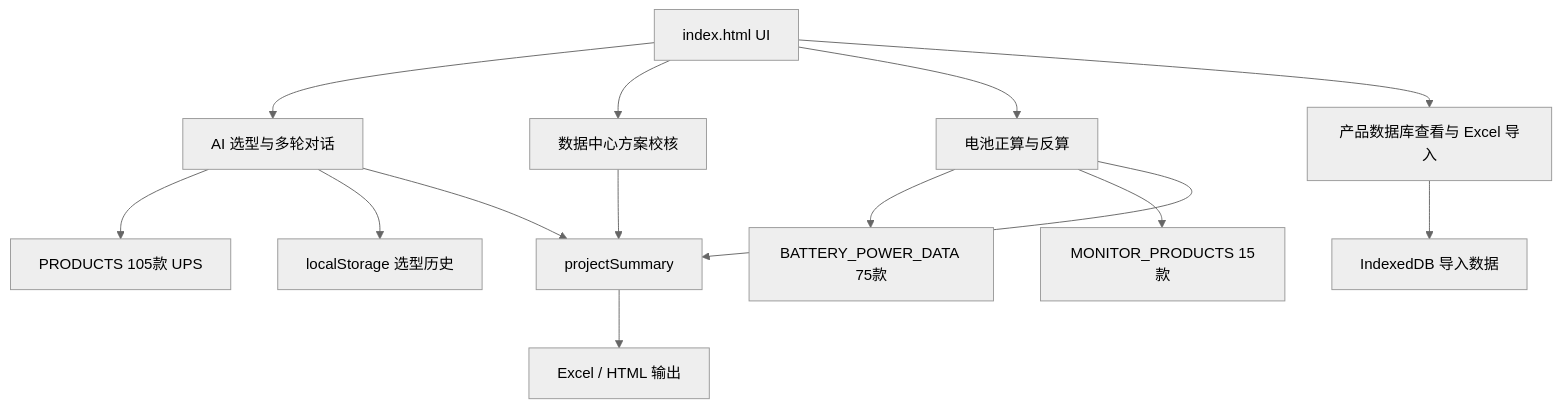
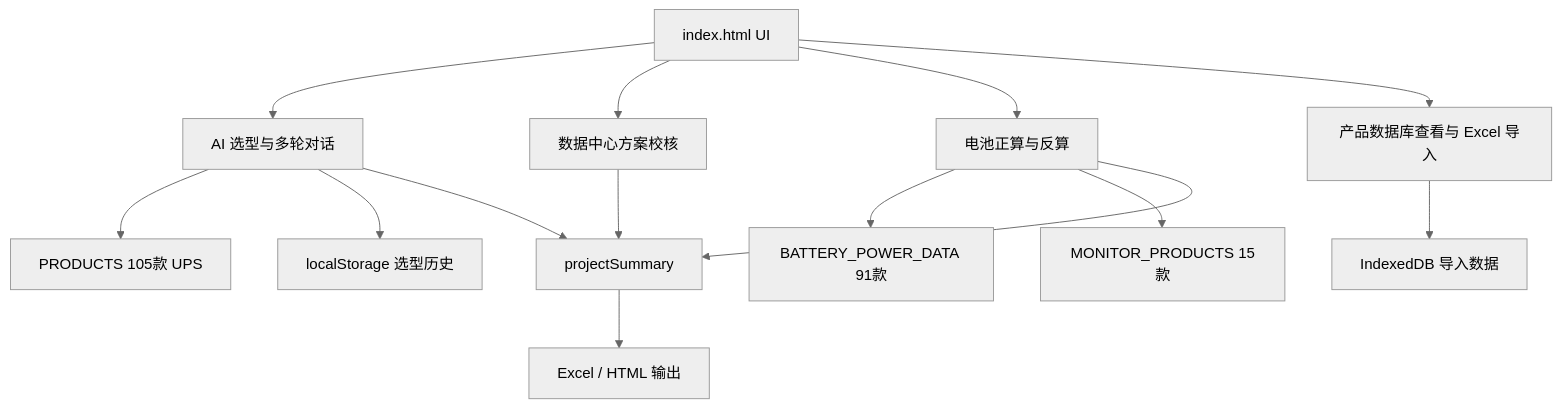
One commit to xiaochuan1989/-UPS-Selector changed the diagram in UPS选型助手_开发文档.md. Above: the diagram before and after it, drawn with Mermaid (neutral theme). The commit also changed other lines of this file and 5 other files, not shown here.

````diff
--- a/UPS选型助手_开发文档.md
+++ b/UPS选型助手_开发文档.md
@@ -66,16 +70,16 @@
 ```mermaid
 flowchart TD
     UI["index.html UI"] --> AI["AI 选型与多轮对话"]
     UI --> DC["数据中心方案校核"]
     UI --> BAT["电池正算与反算"]
     UI --> DB["产品数据库查看与 Excel 导入"]
     AI --> PRODUCTS["PRODUCTS 105款 UPS"]
-    BAT --> POWER["BATTERY_POWER_DATA 75款"]
+    BAT --> POWER["BATTERY_POWER_DATA 91款"]
     BAT --> MONITOR["MONITOR_PRODUCTS 15款"]
     DB --> IDB["IndexedDB 导入数据"]
     AI --> HISTORY["localStorage 选型历史"]
     DC --> SUMMARY["projectSummary"]
     BAT --> SUMMARY
     AI --> SUMMARY
     SUMMARY --> EXPORT["Excel / HTML 输出"]
 ```
````
